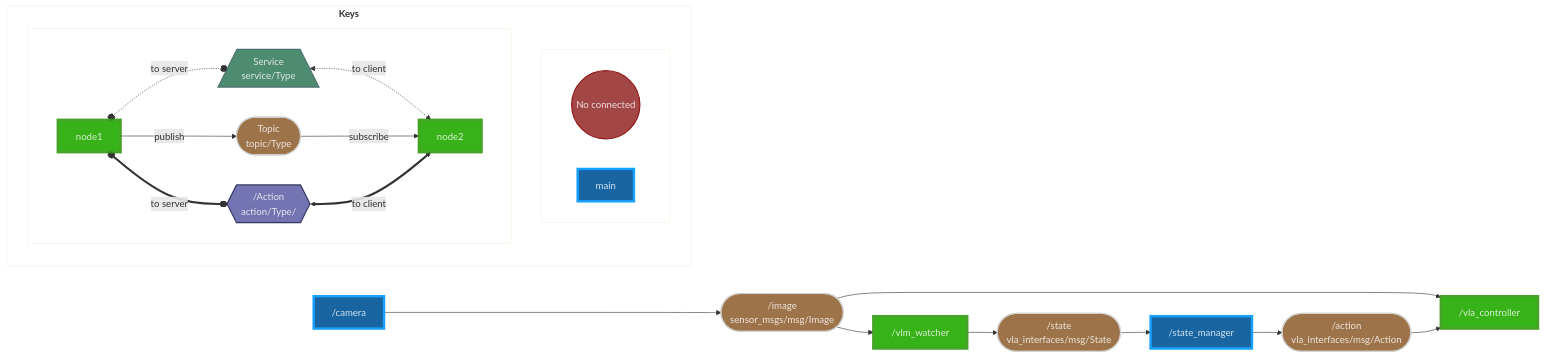
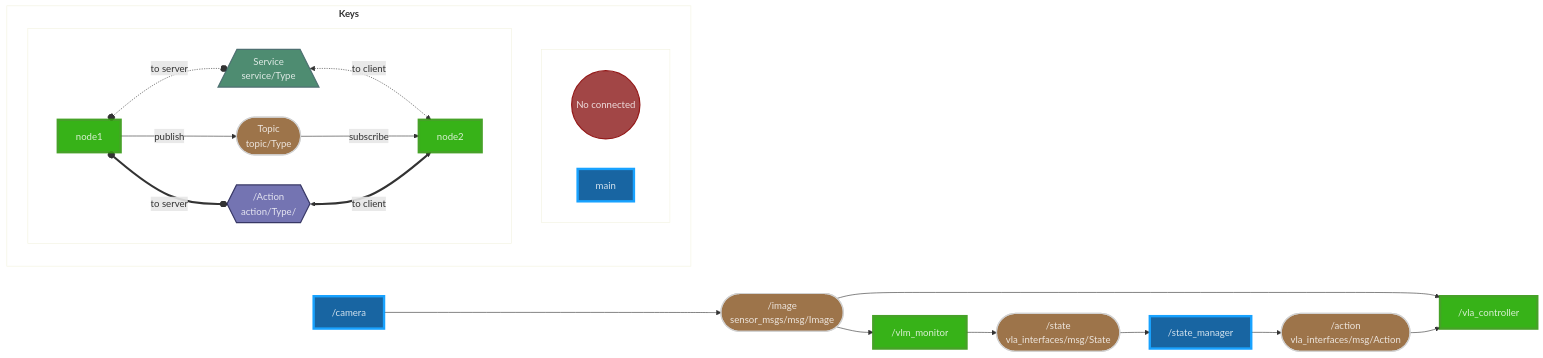
Before and after one commit to LTS-AnalyticsTeam/so100-gr00t-research: the diagram in docs/nodes_architecture.md, drawn with Mermaid. The commit also changed 24 other files, not shown here.

````diff
--- a/docs/nodes_architecture.md
+++ b/docs/nodes_architecture.md
@@ -1,49 +1,49 @@
 ```mermaid
 flowchart LR
 
 /camera[ /camera ]:::main
 /state_manager[ /state_manager ]:::main
 /vla_controller[ /vla_controller ]:::main
-/vlm_watcher[ /vlm_watcher ]:::main
+/vlm_monitor[ /vlm_monitor ]:::main
 /vla_controller[ /vla_controller ]:::node
-/vlm_watcher[ /vlm_watcher ]:::node
+/vlm_monitor[ /vlm_monitor ]:::node
 /image([ /image<br>sensor_msgs/msg/Image ]):::topic
 /state([ /state<br>vla_interfaces/msg/State ]):::topic
 /action([ /action<br>vla_interfaces/msg/Action ]):::topic
 
 /state --> /state_manager
 /image --> /vla_controller
 /action --> /vla_controller
-/image --> /vlm_watcher
+/image --> /vlm_monitor
 /camera --> /image
 /state_manager --> /action
-/vlm_watcher --> /state
+/vlm_monitor --> /state
 
 
 subgraph keys[<b>Keys<b/>]
 subgraph nodes[<b><b/>]
 topicb((No connected)):::bugged
 main_node[main]:::main
 end
 subgraph connection[<b><b/>]
 node1[node1]:::node
 node2[node2]:::node
 node1 o-.-o|to server| service[/Service<br>service/Type\]:::service
 service <-.->|to client| node2
 node1 -->|publish| topic([Topic<br>topic/Type]):::topic
 topic -->|subscribe| node2
 node1 o==o|to server| action{{/Action<br>action/Type/}}:::action
 action <==>|to client| node2
 end
 end
 classDef node opacity:0.9,fill:#2A0,stroke:#391,stroke-width:4px,color:#fff
 classDef action opacity:0.9,fill:#66A,stroke:#225,stroke-width:2px,color:#fff
 classDef service opacity:0.9,fill:#3B8062,stroke:#3B6062,stroke-width:2px,color:#fff
 classDef topic opacity:0.9,fill:#852,stroke:#CCC,stroke-width:2px,color:#fff
 classDef main opacity:0.9,fill:#059,stroke:#09F,stroke-width:4px,color:#fff
 classDef bugged opacity:0.9,fill:#933,stroke:#800,stroke-width:2px,color:#fff
 style keys opacity:0.15,fill:#FFF
 style nodes opacity:0.15,fill:#FFF
 style connection opacity:0.15,fill:#FFF
 
 ```
````
